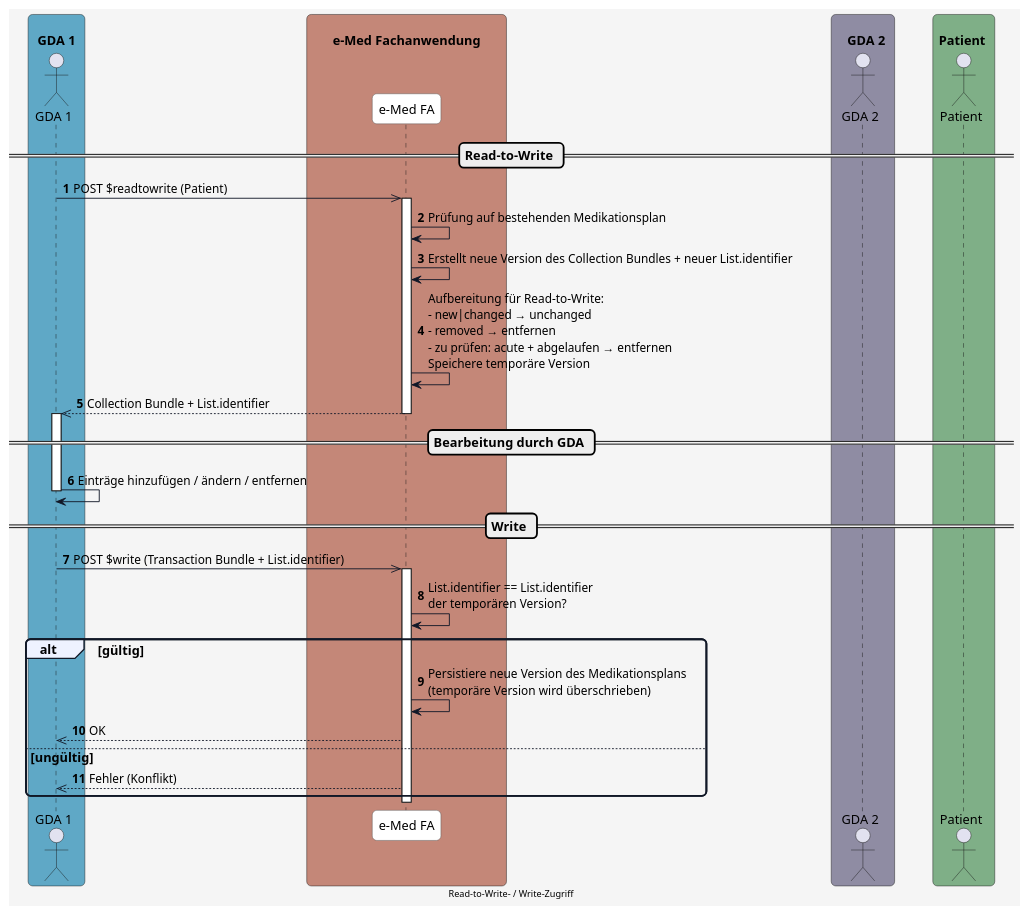
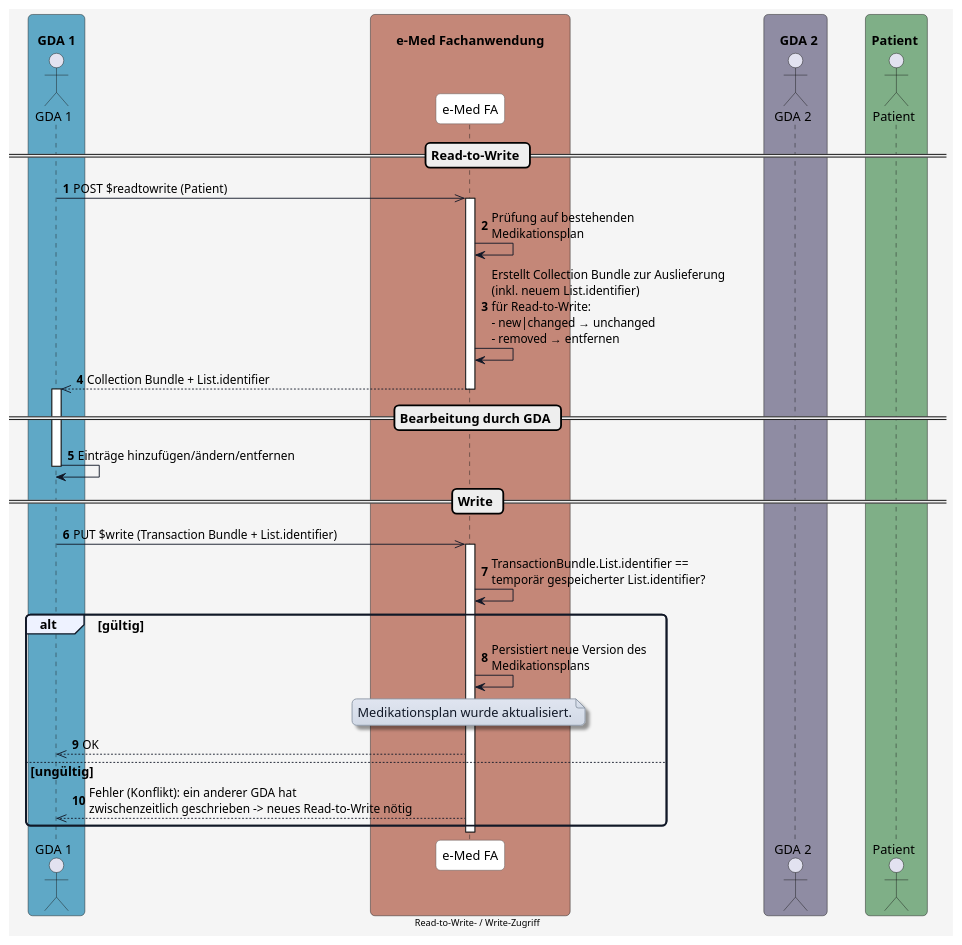
Before and after one commit to HL7Austria/ELGA-e-Medikation-R4: the diagram in input/images-source/diagram_readtowrite.plantuml, drawn with PlantUML. The commit also changed 5 other files, not shown here.

Commit message:
Update diagrams

```diff
--- a/input/images-source/diagram_readtowrite.plantuml
+++ b/input/images-source/diagram_readtowrite.plantuml
@@ -1,99 +1,104 @@
 @startuml
 skinparam borderColor #000000
 skinparam backgroundColor #f5f5f5
 skinparam shadowing false
 skinparam roundCorner 10
 skinparam defaultFontName "Arial"
 skinparam defaultFontSize 14
 skinparam defaultFontColor #000000
 
 skinparam note {
   BackgroundColor #e0e5f0-#d1d9e6
   BorderColor #8b95a5
   BorderThickness 1
   RoundCorner 8
   Padding 6
   FontColor #111827
   Shadowing true
 }
 
 skinparam HyperlinkColor #0000EE
 skinparam HyperlinkUnderline false
 
 skinparam sequence {
   ParticipantBorderColor #555555
   ParticipantBackgroundColor #ffffff
   ParticipantFontColor #000000
   ParticipantFontSize 14
   ParticipantPadding 20
   ArrowColor #111827
   ArrowThickness 1
   ArrowFontColor #000000
   ArrowFontSize 13
   GroupBorderColor #111827
   GroupBackgroundColor #eef2ff
   GroupBorderThickness 2
 }
 
 skinparam BoxPadding 20
 skinparam BoxBorderColor #555555
 
 box "\n  GDA 1  " #5FA8C6
   actor GDA_1 as "GDA 1"
 end box
 
 box "\n       e-Med Fachanwendung       " #C48778
   participant eMed_FA as "e-Med FA"
 end box
 
 box "\n    GDA 2  " #8F8CA3
   actor GDA_2 as "GDA 2"
 end box
 
 box "\n Patient  " #7FAF87
   actor Patient as "Patient"
 end box
 
 
 autonumber
 
  
 == Read-to-Write ==
 
 GDA_1 ->> eMed_FA: POST $readtowrite (Patient)
 
 activate eMed_FA
-eMed_FA -> eMed_FA: Prüfung auf bestehenden Medikationsplan
-eMed_FA -> eMed_FA: Erstellt neue Version des Collection Bundles + neuer List.identifier
-eMed_FA -> eMed_FA: Aufbereitung für Read-to-Write:\n- new|changed → unchanged\n- removed → entfernen\n- zu prüfen: acute + abgelaufen → entfernen\nSpeichere temporäre Version
+eMed_FA -> eMed_FA: Prüfung auf bestehenden\nMedikationsplan
+eMed_FA -> eMed_FA: Erstellt Collection Bundle zur Auslieferung\n(inkl. neuem List.identifier)\nfür Read-to-Write:\n- new|changed → unchanged\n- removed → entfernen
 
 eMed_FA -->> GDA_1: Collection Bundle + List.identifier
 deactivate eMed_FA
 
 == Bearbeitung durch GDA ==
 
 activate GDA_1
-GDA_1 -> GDA_1: Einträge hinzufügen / ändern / entfernen
+GDA_1 -> GDA_1: Einträge hinzufügen/ändern/entfernen
 deactivate GDA_1
 
 == Write ==
 
-GDA_1 ->> eMed_FA: POST $write (Transaction Bundle + List.identifier)
+GDA_1 ->> eMed_FA: PUT $write (Transaction Bundle + List.identifier)
 
 activate eMed_FA
-eMed_FA -> eMed_FA: List.identifier == List.identifier\nder temporären Version?
+eMed_FA -> eMed_FA: TransactionBundle.List.identifier ==\ntemporär gespeicherter List.identifier?
 
 alt gültig
-  eMed_FA -> eMed_FA: Persistiere neue Version des Medikationsplans\n(temporäre Version wird überschrieben)
+  eMed_FA -> eMed_FA: Persistiert neue Version des\nMedikationsplans
+
+  note over eMed_FA
+  Medikationsplan wurde aktualisiert.
+  end note
+
   eMed_FA -->> GDA_1: OK
 else ungültig
-  eMed_FA -->> GDA_1: Fehler (Konflikt)
+  eMed_FA -->> GDA_1: Fehler (Konflikt): ein anderer GDA hat\nzwischenzeitlich geschrieben -> neues Read-to-Write nötig
 end
+
 
 deactivate eMed_FA
 
 
 center footer Read-to-Write- / Write-Zugriff
 
 
 @enduml
```
